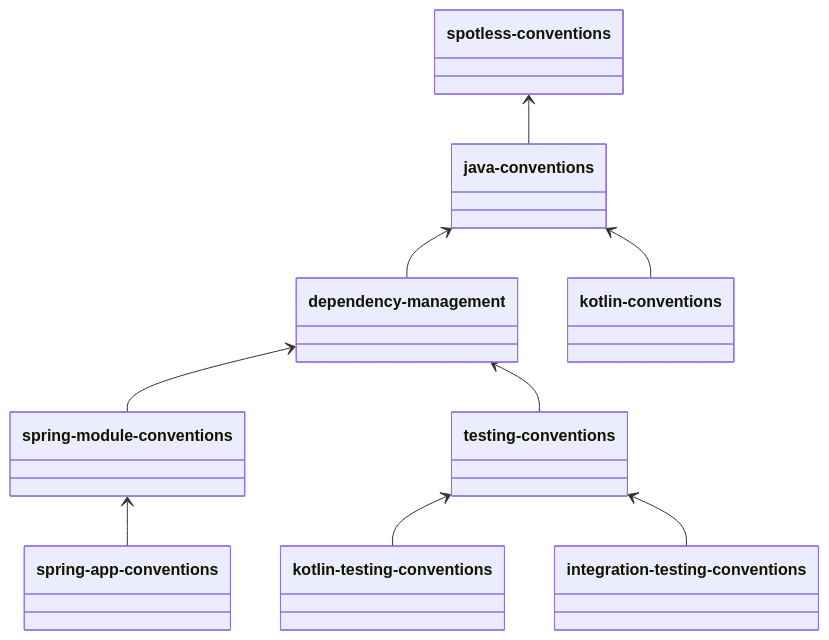
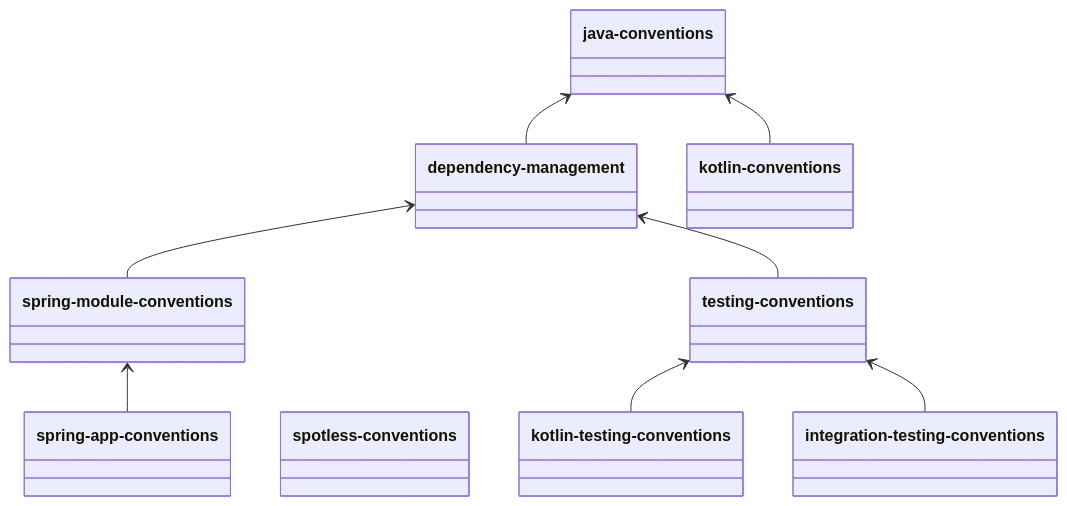
The diagram in buildSrc/README.md (BSStudio/bss-web-admin-backend), drawn with Mermaid before and after one commit. The commit also changed 12 other files, not shown here.

````diff
--- a/buildSrc/README.md
+++ b/buildSrc/README.md
@@ -6,23 +6,22 @@
 ```mermaid
 classDiagram
 direction BT
 
 class kotlin-conventions
 class java-conventions
 class dependency-management
 class integration-testing-conventions
 class spotless-conventions
 class spring-app-conventions
 class spring-module-conventions
 class testing-conventions
 class kotlin-testing-conventions
 
 kotlin-testing-conventions --> testing-conventions
 integration-testing-conventions --> testing-conventions
 spring-app-conventions --> spring-module-conventions
 spring-module-conventions --> dependency-management
 dependency-management --> java-conventions
 testing-conventions --> dependency-management
-java-conventions --> spotless-conventions
 kotlin-conventions --> java-conventions
 ```
````
